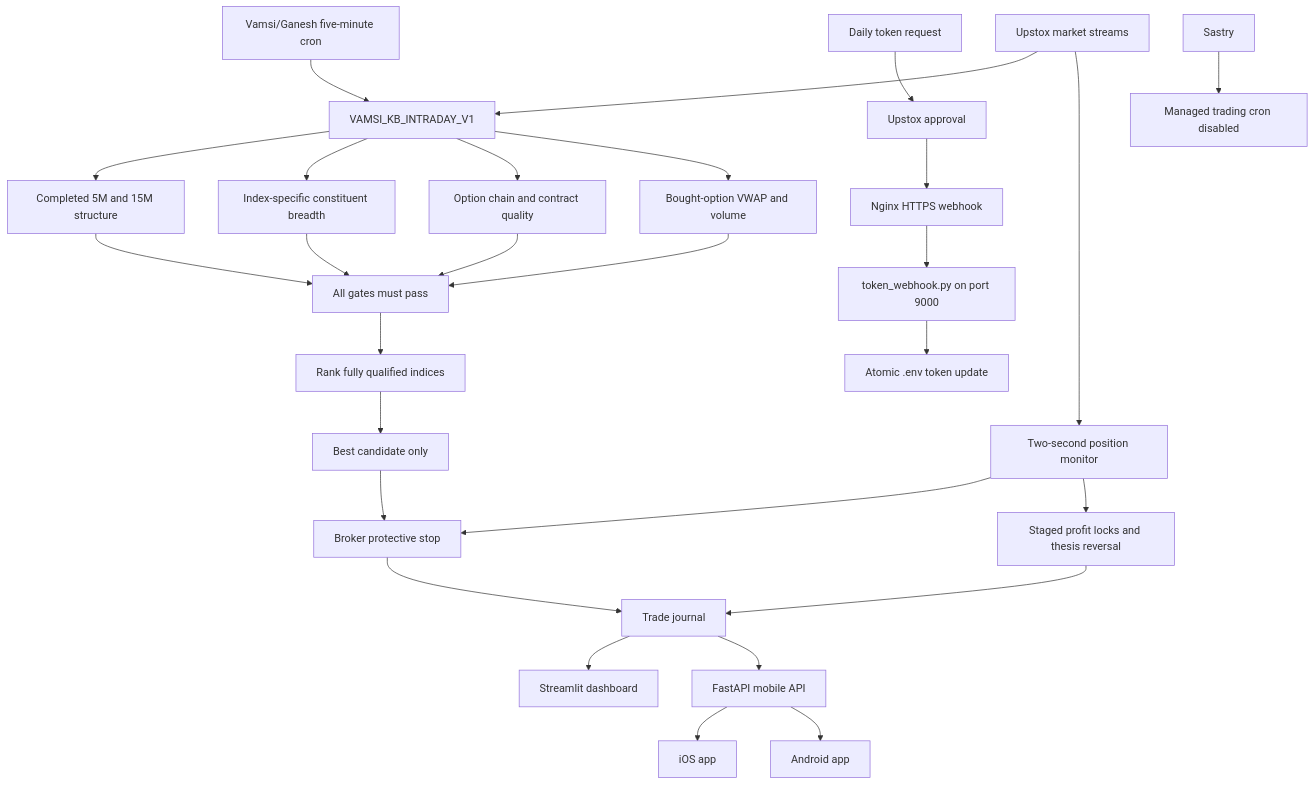
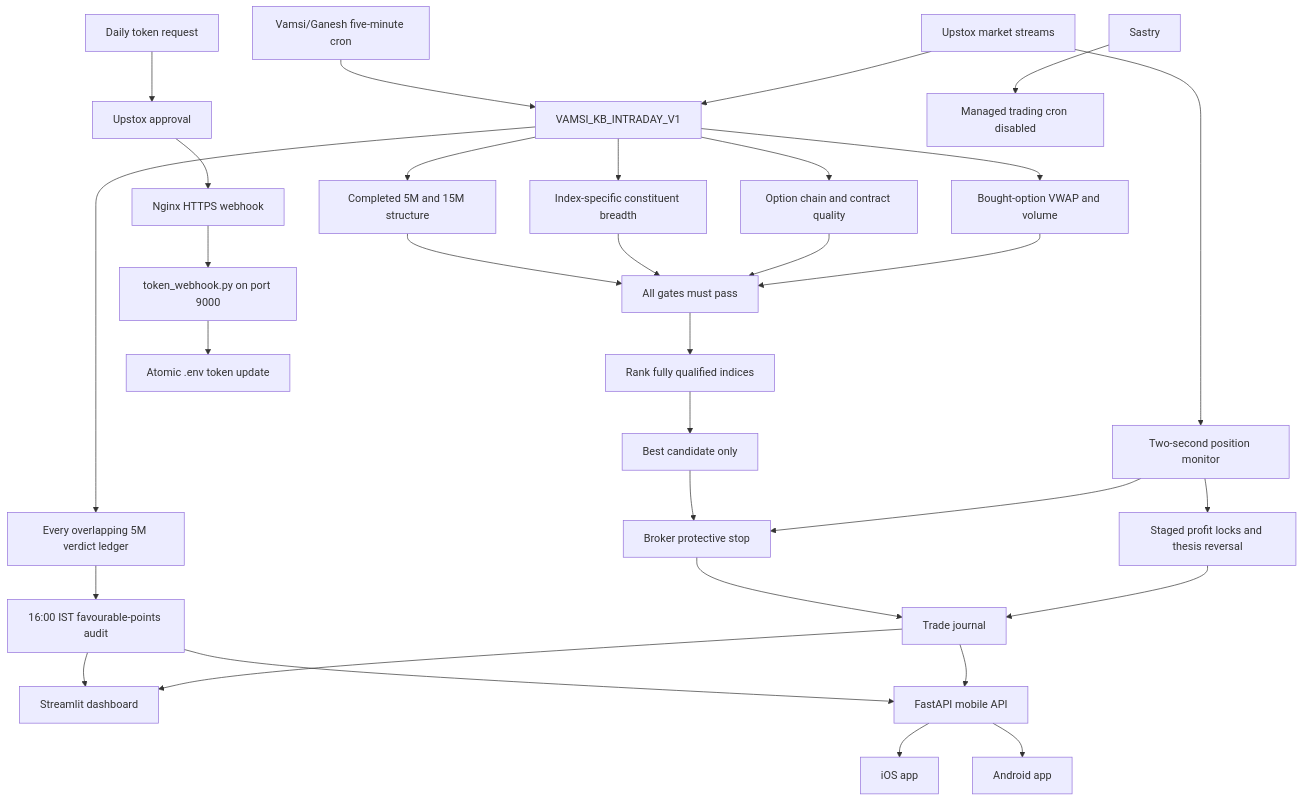
The diagram in PROJECT_ARCHITECTURE_AND_HANDOFF.md (vkp2498-spec/trading-app), drawn with Mermaid before and after one commit. The commit also changed other lines of this file and 13 other files, not shown here.

````diff
--- a/PROJECT_ARCHITECTURE_AND_HANDOFF.md
+++ b/PROJECT_ARCHITECTURE_AND_HANDOFF.md
@@ -64,32 +65,36 @@
 ```mermaid
 flowchart TD
     CRON["Vamsi/Ganesh five-minute cron"] --> KB["VAMSI_KB_INTRADAY_V1"]
     STREAM["Upstox market streams"] --> KB
     KB --> CANDLE["Completed 5M and 15M structure"]
     KB --> BREADTH["Index-specific constituent breadth"]
     KB --> CHAIN["Option chain and contract quality"]
     KB --> FLOW["Bought-option VWAP and volume"]
     CANDLE --> ALL["All gates must pass"]
     BREADTH --> ALL
     CHAIN --> ALL
     FLOW --> ALL
     ALL --> RANK["Rank fully qualified indices"]
     RANK --> EXEC["Best candidate only"]
     EXEC --> STOP["Broker protective stop"]
     MON["Two-second position monitor"] --> STOP
     MON --> TRAIL["Staged profit locks and thesis reversal"]
     STOP --> JOURNAL["Trade journal"]
     TRAIL --> JOURNAL
+    KB --> SCANS["Every overlapping 5M verdict ledger"]
+    SCANS --> AUDIT["16:00 IST favourable-points audit"]
+    AUDIT --> DASH
+    AUDIT --> API
     JOURNAL --> DASH["Streamlit dashboard"]
     JOURNAL --> API["FastAPI mobile API"]
     API --> IOS["iOS app"]
     API --> ANDROID["Android app"]
 
     TOKEN["Daily token request"] --> APPROVAL["Upstox approval"]
     APPROVAL --> NGINX["Nginx HTTPS webhook"]
     NGINX --> WEBHOOK["token_webhook.py on port 9000"]
     WEBHOOK --> ENV["Atomic .env token update"]
 
     STREAM --> MON
     DISABLED["Sastry"] --> OFF["Managed trading cron disabled"]
 ```
````
